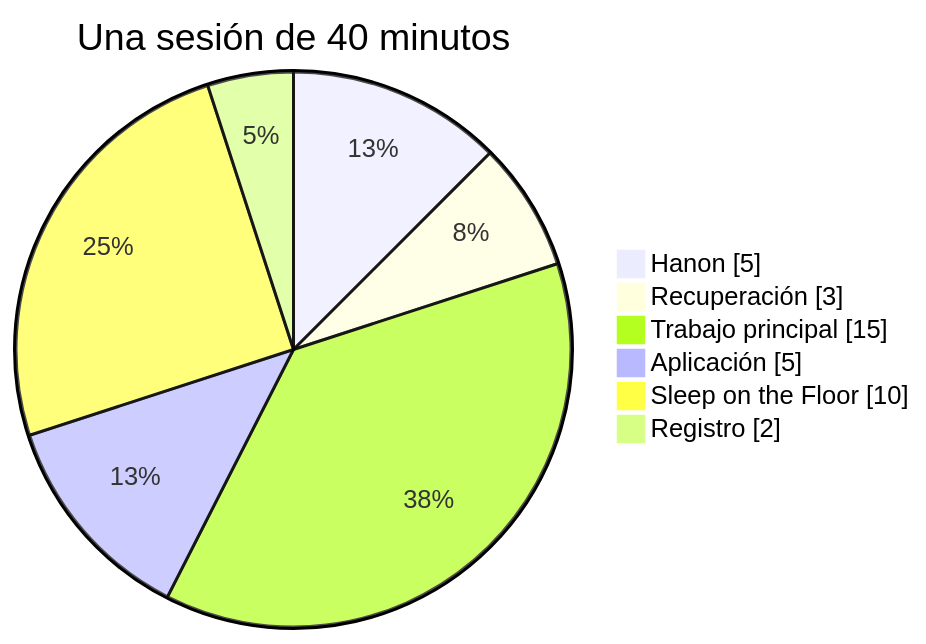
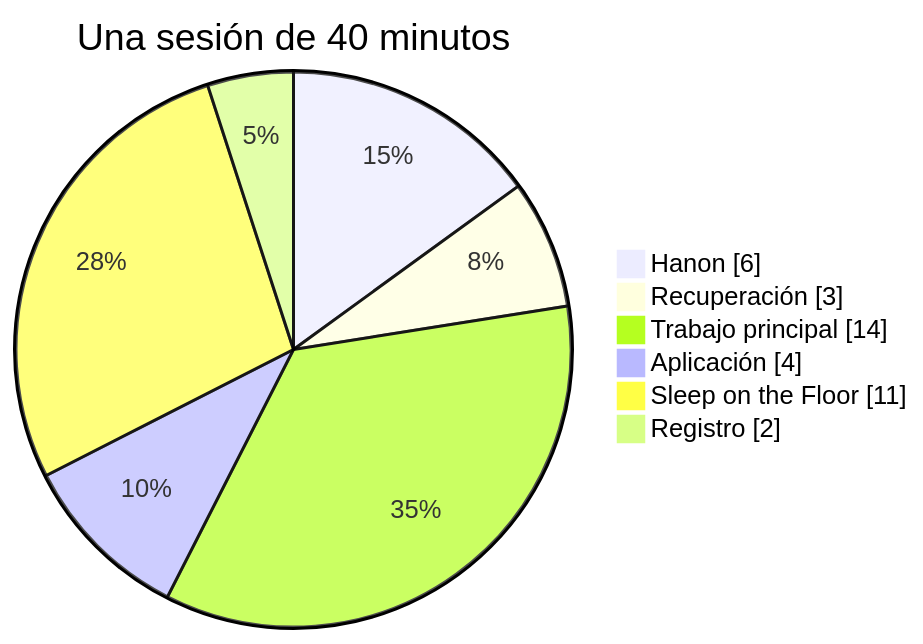
One commit to IrfDev/notes_musica changed diagram 11 of 12 in 4. Instrumento/1. Piano/Cheat sheet - acordes mayores.md. Above: the diagram before and after it, drawn with Mermaid. The commit also changed other lines of this file and 52 other files, not shown here.

````diff
--- a/4. Instrumento/1. Piano/Cheat sheet - acordes mayores.md
+++ b/4. Instrumento/1. Piano/Cheat sheet - acordes mayores.md
@@ -1181,10 +1189,10 @@
 ```mermaid
 pie showData
     title Una sesión de 40 minutos
-    "Hanon" : 5
+    "Hanon" : 6
     "Recuperación" : 3
-    "Trabajo principal" : 15
-    "Aplicación" : 5
-    "Sleep on the Floor" : 10
+    "Trabajo principal" : 14
+    "Aplicación" : 4
+    "Sleep on the Floor" : 11
     "Registro" : 2
 ```
````
